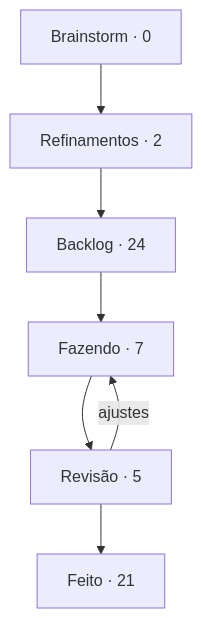
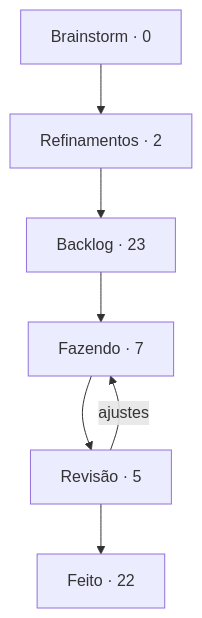
One commit to StudioVibi/VibiKanban changed the diagram in boards/dungeon-bend/BOARD.md. Above: the diagram before and after it, drawn with Mermaid. The commit also changed other lines of this file and 2 other files, not shown here.

````diff
--- a/boards/dungeon-bend/BOARD.md
+++ b/boards/dungeon-bend/BOARD.md
@@ -5,12 +5,12 @@
 ```mermaid
 flowchart TD
   brainstorm["Brainstorm · 0"] --> refinamentos["Refinamentos · 2"]
-  refinamentos --> backlog["Backlog · 24"]
+  refinamentos --> backlog["Backlog · 23"]
   backlog --> doing["Fazendo · 7"]
   doing --> review["Revisão · 5"]
-  review --> done["Feito · 21"]
+  review --> done["Feito · 22"]
   review -->|ajustes| doing
   doing:::blue
   review:::yellow
   done:::green
 ```
````
